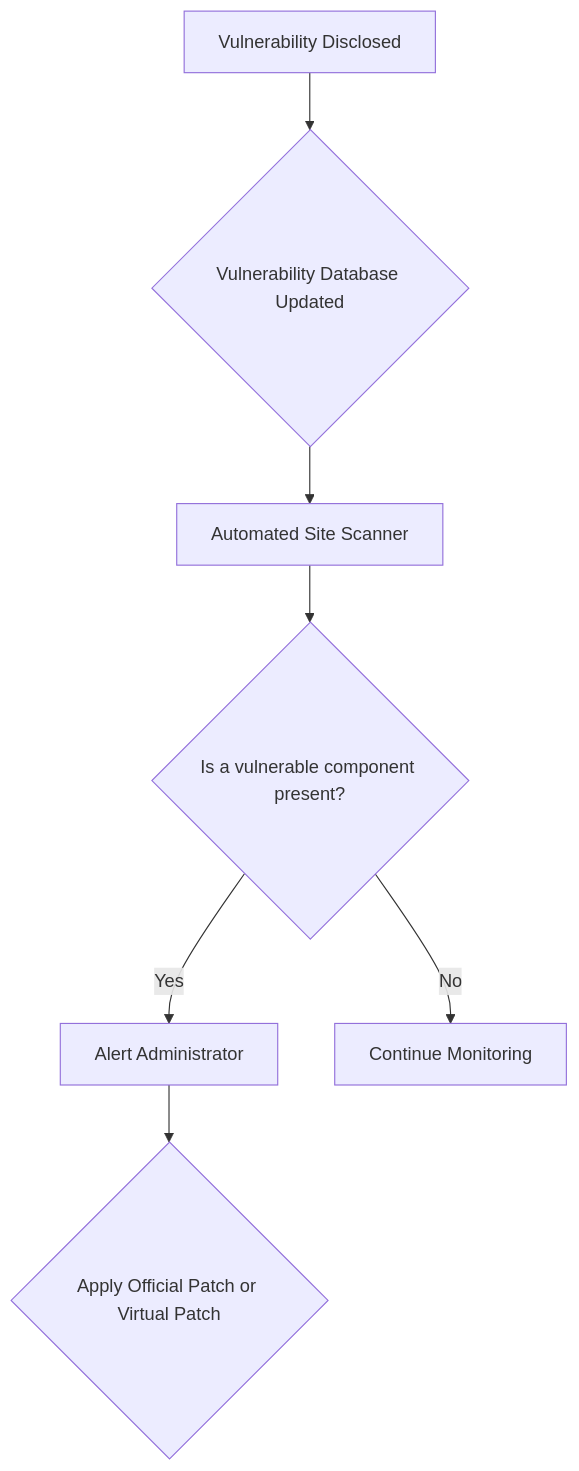
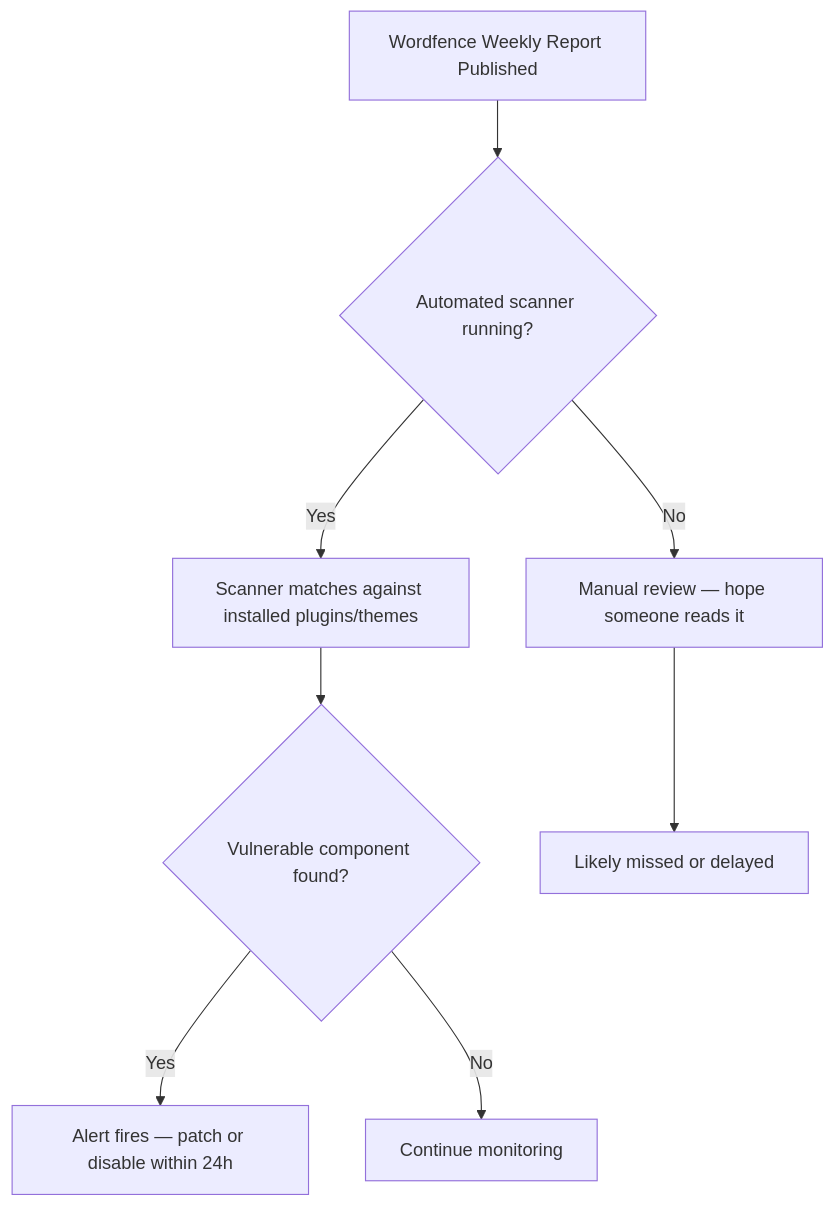
The diagram in blog/2026-02-20-wordfence-vulnerability-report-feb-9-15-2026.md (victorstack-ai/agent-blog), drawn with Mermaid before and after one commit. The commit also changed other lines of this file and 117 other files, not shown here.

````diff
--- a/blog/2026-02-20-wordfence-vulnerability-report-feb-9-15-2026.md
+++ b/blog/2026-02-20-wordfence-vulnerability-report-feb-9-15-2026.md
@@ -32,9 +34,10 @@
 ```mermaid
-graph TD
-    A[Vulnerability Disclosed] --> B{Vulnerability Database Updated};
-    B --> C[Automated Site Scanner];
-    C --> D{Is a vulnerable component present?};
-    D -- Yes --> E[Alert Administrator];
-    E --> F{Apply Official Patch or Virtual Patch};
-    D -- No --> G[Continue Monitoring];
+flowchart TD
+    A[Wordfence Weekly Report Published] --> B{Automated scanner running?}
+    B -->|Yes| C[Scanner matches against installed plugins/themes]
+    C --> D{Vulnerable component found?}
+    D -->|Yes| E[Alert fires — patch or disable within 24h]
+    D -->|No| F[Continue monitoring]
+    B -->|No| G[Manual review — hope someone reads it]
+    G --> H[Likely missed or delayed]
 ```
````
